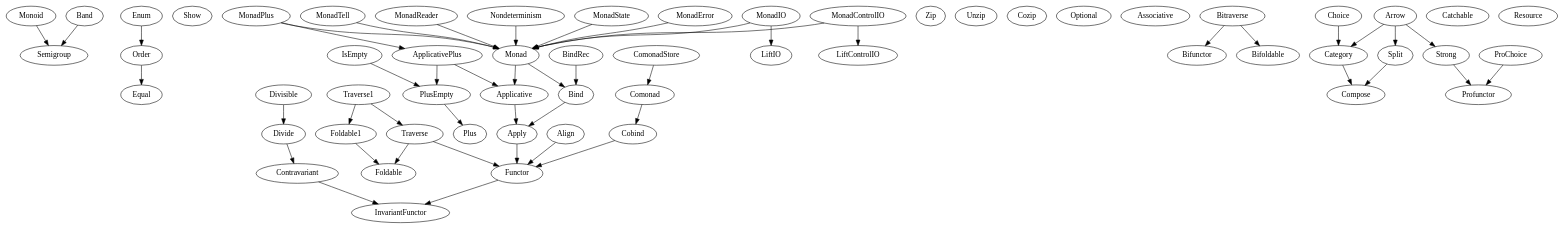
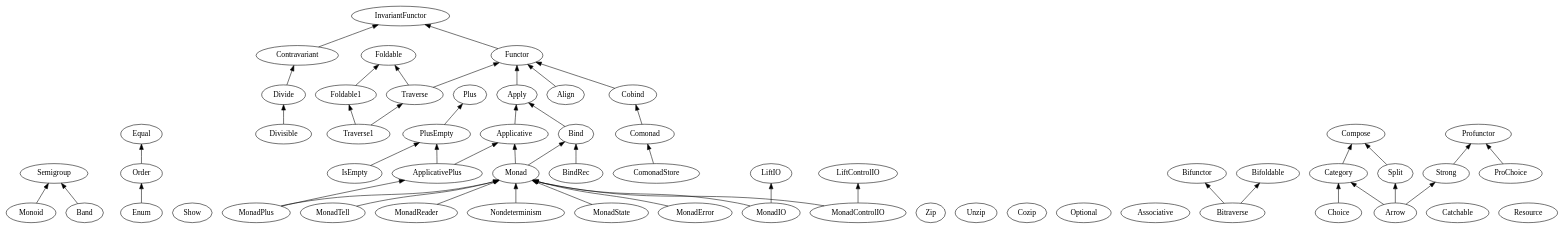
Before and after one commit to fommil/fpmortals: the diagram in scalaz.dot, drawn with Graphviz. The commit also changed 5 other files, not shown here.

```diff
--- a/scalaz.dot
+++ b/scalaz.dot
@@ -1,84 +1,85 @@
 // dot scalaz.dot -Tpng > scalaz.png ; open scalaz.png
 // https://github.com/scalaz/scalaz/blob/v7.2.15/project/GenTypeClass.scala
 digraph G {
+    rankdir = BT;
     subgraph "scalaz-core.jar" {
         label="scalaz-core";
         
         Semigroup
         Monoid -> Semigroup
         Band -> Semigroup
         Equal
         Show
         Order -> Equal
         Enum -> Order
 
         InvariantFunctor
         Functor -> InvariantFunctor
         Apply -> Functor
         Applicative -> Apply
         Align -> Functor
         Zip
         Unzip
         Bind -> Apply
         Monad -> Applicative
         Monad -> Bind
         Foldable
         Foldable1 -> Foldable
         Traverse -> Functor
         Traverse -> Foldable
         Traverse1 -> Traverse
         Traverse1 -> Foldable1
 
         Contravariant -> InvariantFunctor
         Divide -> Contravariant
         Divisible -> Divide
         Cobind -> Functor
         Comonad -> Cobind
         Cozip
 
         Plus
         PlusEmpty -> Plus
         IsEmpty -> PlusEmpty
         Optional
 
         ApplicativePlus -> Applicative
         ApplicativePlus -> PlusEmpty
         MonadPlus -> Monad
         MonadPlus -> ApplicativePlus
 
         Associative 
         Bifunctor 
         Bifoldable 
         Bitraverse -> Bifunctor
         Bitraverse -> Bifoldable
         Compose 
         Catchable
         Nondeterminism -> Monad
         Category -> Compose
         Choice -> Category
         Split -> Compose
         Profunctor
         Strong -> Profunctor
         ProChoice -> Profunctor
         Arrow -> Split
         Arrow -> Strong
         Arrow -> Category
 
         LiftIO
         MonadIO -> LiftIO
         MonadIO -> Monad
         LiftControlIO
         MonadControlIO -> LiftControlIO
         MonadControlIO -> Monad
         Resource
 
         MonadState -> Monad 
         MonadError -> Monad
         MonadTell -> Monad
         MonadReader -> Monad 
         ComonadStore -> Comonad 
 
         BindRec -> Bind
     }
     
 }
```
